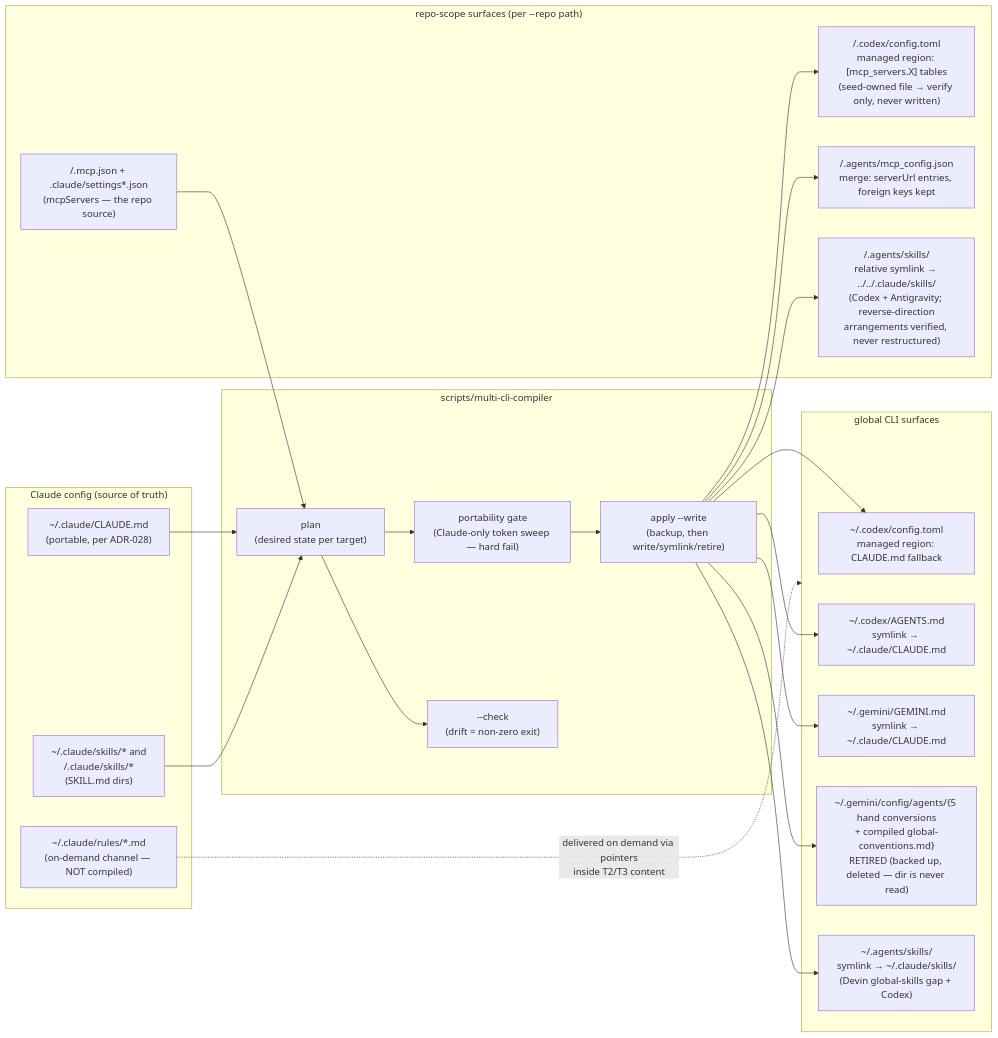
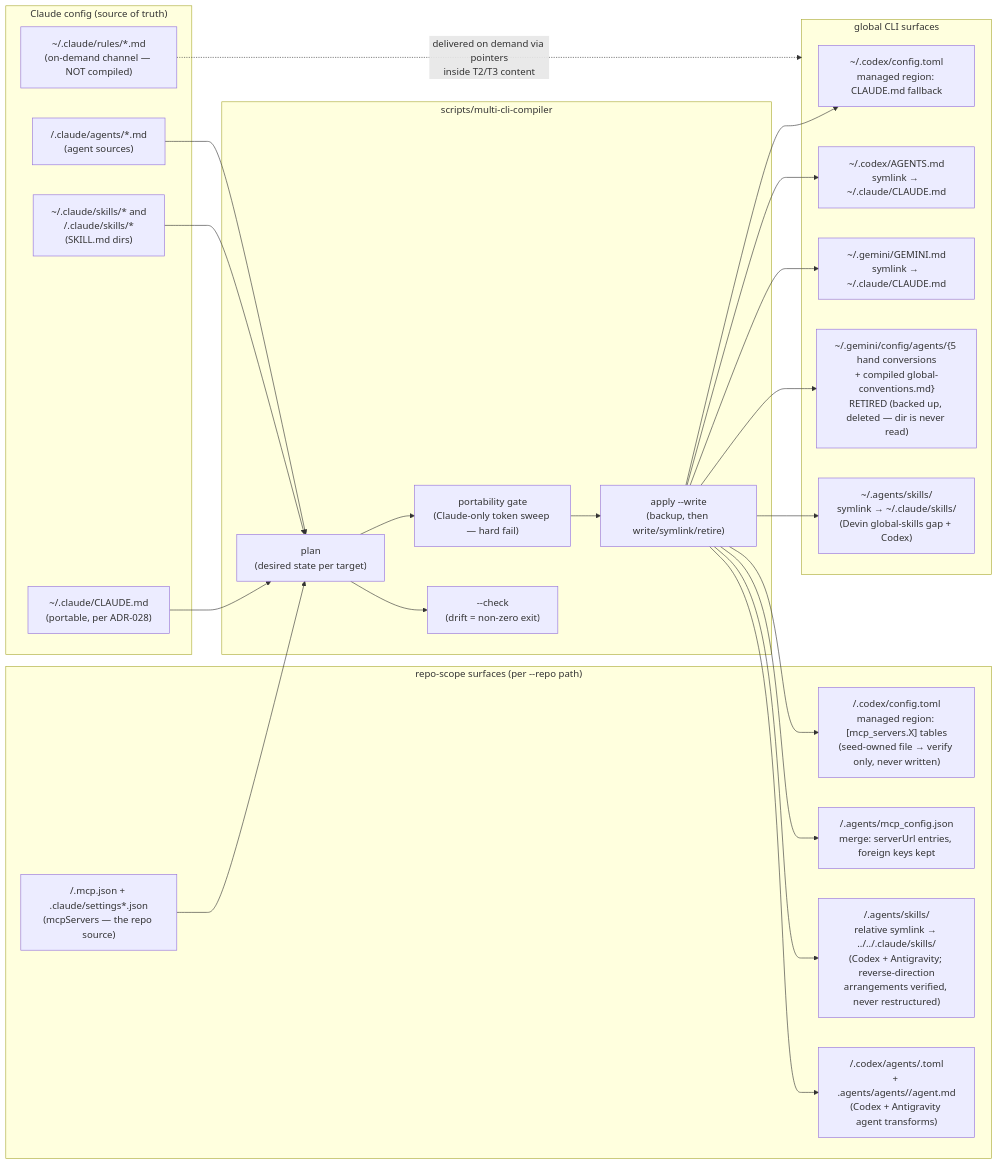
The diagram in docs/spec/nxtlvl-multi-cli-compiler.md (will-schaefer/nxtlvl-harness), drawn with Mermaid before and after one commit. The commit also changed other lines of this file and 7 other files, not shown here.

Commit message:
feat(compiler): transform Claude agents

````diff
--- a/docs/spec/nxtlvl-multi-cli-compiler.md
+++ b/docs/spec/nxtlvl-multi-cli-compiler.md
@@ -70,35 +77,39 @@
 ```mermaid
 flowchart LR
     subgraph SOURCES["Claude config (source of truth)"]
         S1["~/.claude/CLAUDE.md<br/>(portable, per ADR-028)"]
         S2["~/.claude/rules/*.md<br/>(on-demand channel — NOT compiled)"]
         S3["~/.claude/skills/* and<br/><repo>/.claude/skills/*<br/>(SKILL.md dirs)"]
+        S4["<repo>/.claude/agents/*.md<br/>(agent sources)"]
     end
     subgraph COMPILER["scripts/multi-cli-compiler"]
         P["plan<br/>(desired state per target)"]
         G["portability gate<br/>(Claude-only token sweep — hard fail)"]
         A["apply --write<br/>(backup, then write/symlink/retire)"]
         V["--check<br/>(drift = non-zero exit)"]
         P --> G --> A
         P --> V
     end
     subgraph TARGETS["global CLI surfaces"]
         T1["~/.codex/config.toml<br/>managed region: CLAUDE.md fallback"]
         T2["~/.codex/AGENTS.md<br/>symlink → ~/.claude/CLAUDE.md"]
         T3["~/.gemini/GEMINI.md<br/>symlink → ~/.claude/CLAUDE.md"]
         T4["~/.gemini/config/agents/{5 hand conversions<br/>+ compiled global-conventions.md}<br/>RETIRED (backed up, deleted — dir is never read)"]
         T5["~/.agents/skills/<name><br/>symlink → ~/.claude/skills/<name><br/>(Devin global-skills gap + Codex)"]
     end
     subgraph REPO["repo-scope surfaces (per --repo path)"]
         R0["<repo>/.mcp.json + .claude/settings*.json<br/>(mcpServers — the repo source)"]
         R1["<repo>/.codex/config.toml<br/>managed region: [mcp_servers.X] tables<br/>(seed-owned file → verify only, never written)"]
         R2["<repo>/.agents/mcp_config.json<br/>merge: serverUrl entries, foreign keys kept"]
         R3["<repo>/.agents/skills/<name><br/>relative symlink → ../../.claude/skills/<name><br/>(Codex + Antigravity; reverse-direction<br/>arrangements verified, never restructured)"]
+        R4["<repo>/.codex/agents/<name>.toml<br/>+ .agents/agents/<name>/agent.md<br/>(Codex + Antigravity agent transforms)"]
     end
     S1 --> P
     S3 --> P
+    S4 --> P
     R0 --> P
     A --> T1 & T2 & T3 & T4 & T5
     A --> R1 & R2 & R3
+    A --> R4
     S2 -. "delivered on demand via pointers<br/>inside T2/T3 content" .-> TARGETS
 ```
````
